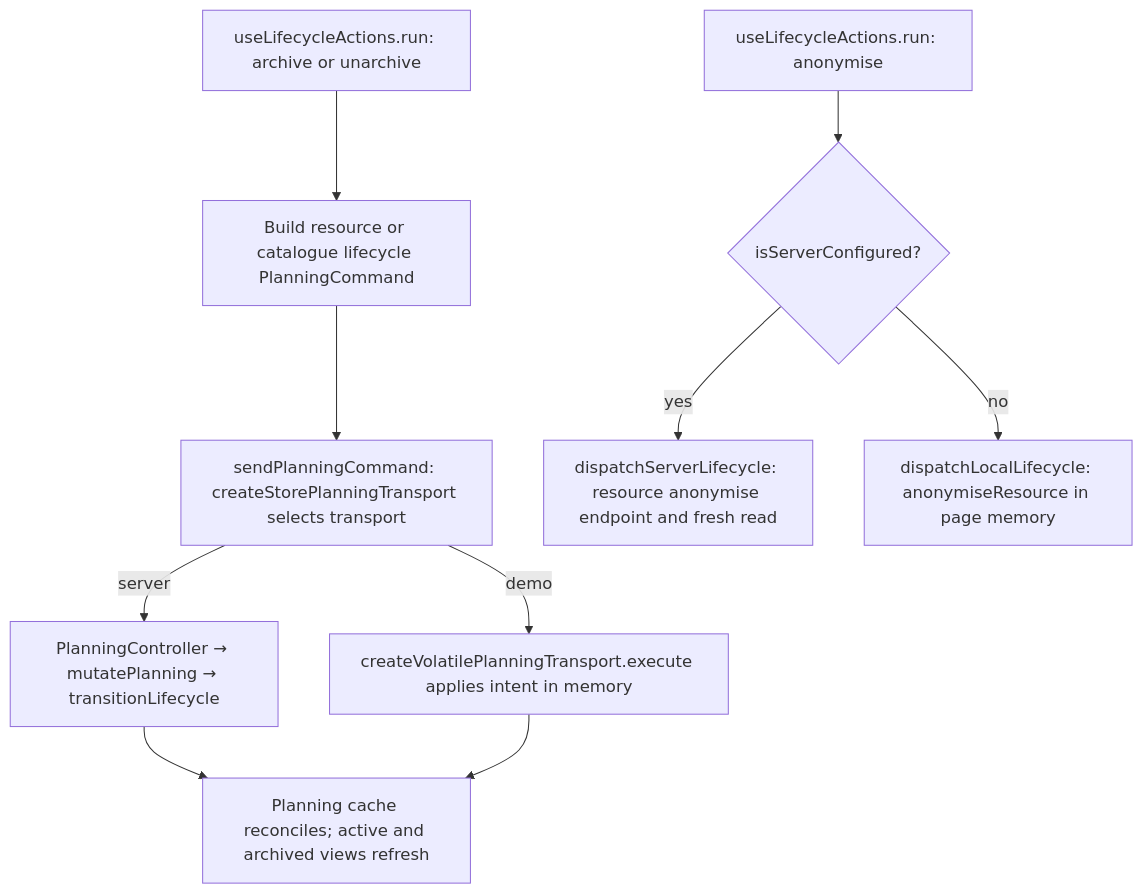
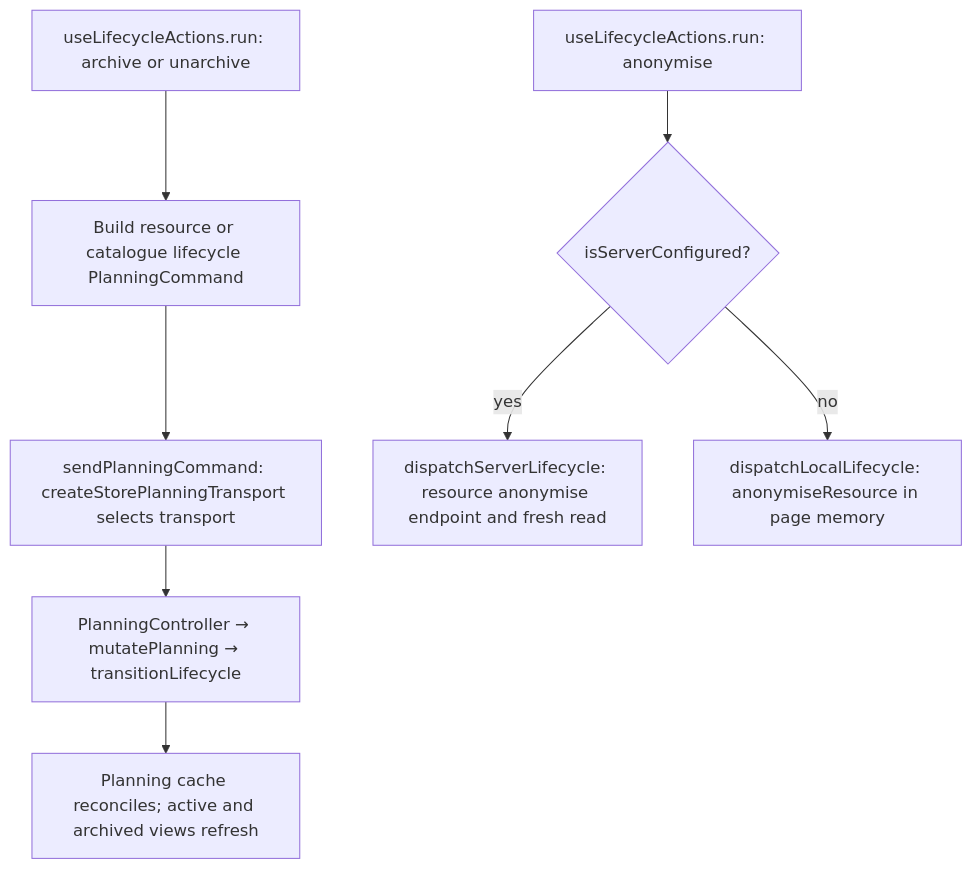
The second of 2 diagrams in user-stories/settings/US-SET-12-archived-deleted.md (Kevinjohn/capacitylens), drawn with Mermaid before and after one commit. The commit also changed other lines of this file and 343 other files, not shown here.

Commit message:
feat: use server-owned company planning and a disposable development demo

````diff
--- a/user-stories/settings/US-SET-12-archived-deleted.md
+++ b/user-stories/settings/US-SET-12-archived-deleted.md
@@ -34,12 +34,10 @@
 ```mermaid
 flowchart TD
 archive["useLifecycleActions.run: archive or unarchive"] --> command["Build resource or catalogue lifecycle PlanningCommand"]
   command --> send["sendPlanningCommand: createStorePlanningTransport selects transport"]
-  send -->|server| server["PlanningController → mutatePlanning → transitionLifecycle"]
-  send -->|demo| demo["createVolatilePlanningTransport.execute applies intent in memory"]
+  send --> server["PlanningController → mutatePlanning → transitionLifecycle"]
   server --> view["Planning cache reconciles; active and archived views refresh"]
-  demo --> view
   individual["useLifecycleActions.run: anonymise"] --> configured{"isServerConfigured?"}
   configured -->|yes| named["dispatchServerLifecycle: resource anonymise endpoint and fresh read"]
   configured -->|no| local["dispatchLocalLifecycle: anonymiseResource in page memory"]
 ```
````
